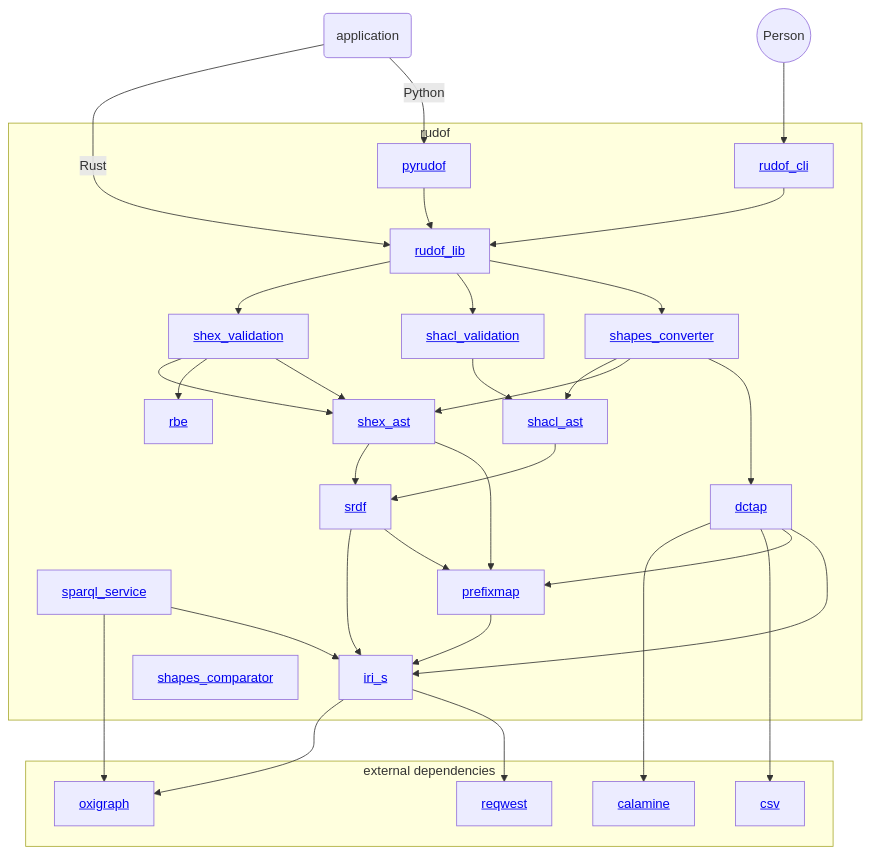
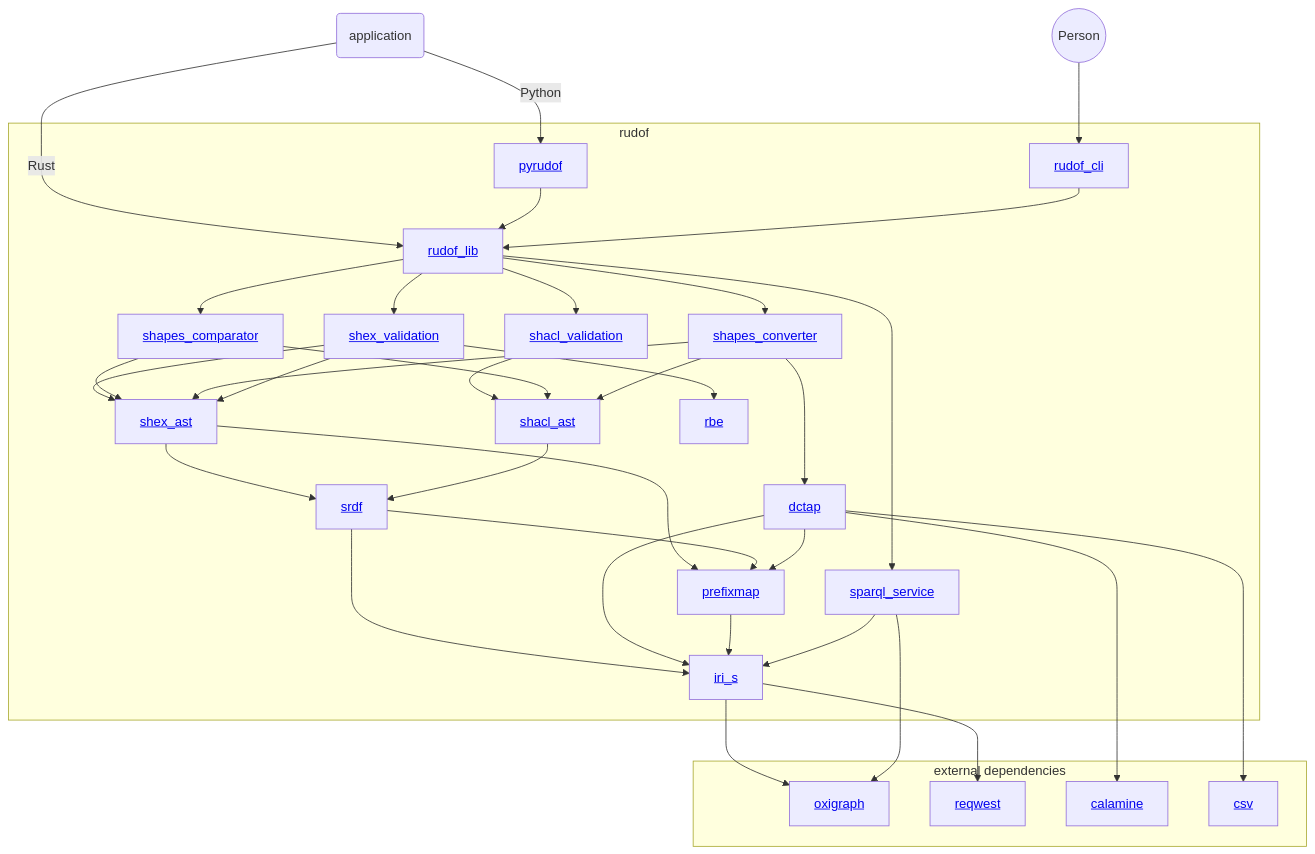
Before and after one commit to rudof-project/rudof: the diagram in docs/src/overview.md, drawn with Mermaid. The commit also changed other lines of this file and 10 other files, not shown here.

````diff
--- a/docs/src/overview.md
+++ b/docs/src/overview.md
@@ -25,57 +25,62 @@
 ```mermaid
 graph TD;
  user((Person)) --> rudof_cli;
  application(application);
  application -->|Rust| rudof_lib ;
  application --> |Python| pyrudof ;
  iri_s --> oxigraph;
  iri_s --> reqwest ;
  dctap --> calamine ;
  dctap --> csv ;
  sparql_service --> oxigraph ;
 subgraph rudof
     rudof_lib[<a href='https://crates.io/crates/rudof_lib'>rudof_lib</a>];
     rudof_cli[<a href='https://crates.io/crates/rudof_cli'>rudof_cli</a>];
     pyrudof[<a href='https://pypi.org/project/pyrudof/'>pyrudof</a>];
     shex_ast[<a href='https://crates.io/crates/shex_ast'>shex_ast</a>];
     srdf[<a href='https://crates.io/crates/srdf'>srdf</a>];
     shex_validation[<a href='https://crates.io/crates/shex_validation'>shex_validation</a>];
     shacl_validation[<a href='https://crates.io/crates/shacl_validation'>shacl_validation</a>];
     shacl_ast[<a href='https://crates.io/crates/shacl_ast'>shacl_ast</a>];
     iri_s[<a href='https://crates.io/crates/iri_s'>iri_s</a>];
     prefixmap[<a href='https://crates.io/crates/prefixmap'>prefixmap</a>];
     rbe[<a href='https://crates.io/crates/rbe'>rbe</a>];
     shapes_converter[<a href='https://crates.io/crates/shapes_converter'>shapes_converter</a>];
     shapes_comparator[<a href='https://crates.io/crates/shapes_comparator'>shapes_comparator</a>];
  dctap[<a href='https://crates.io/crates/dctap'>dctap</a>];
  sparql_service[<a href='https://crates.io/crates/sparql_service'>sparql_service</a>];
 
  pyrudof --> rudof_lib ;
  rudof_cli --> rudof_lib ;
  shex_ast --> srdf ;
  shex_validation-->shex_ast;
  srdf-->iri_s;
  shacl_ast-->srdf;
  shacl_validation-->shacl_ast;
  shex_ast-->prefixmap;
  srdf-->prefixmap;
  shex_validation-->rbe;
  dctap-->prefixmap;
  dctap --> iri_s;
+
+ shapes_comparator-->shex_ast;
+ shapes_comparator-->shacl_ast;
  shapes_converter-->shacl_ast;
  shapes_converter-->shex_ast;
  shapes_converter-->dctap;
  prefixmap --> iri_s ;
  shex_validation --> shex_ast
  sparql_service --> iri_s ;
  rudof_lib --> shex_validation ;
  rudof_lib --> shacl_validation ;
  rudof_lib --> shapes_converter ;
+ rudof_lib --> sparql_service ;
+ rudof_lib --> shapes_comparator ;
 end
 subgraph external dependencies
  oxigraph[<a href='https://crates.io/crates/oxigraph'>oxigraph</a>] ;
  calamine[<a href='https://docs.rs/calamine/latest/calamine/'>calamine</a>] ;
  reqwest[<a href='https://docs.rs/reqwest/latest/reqwest/'>reqwest</a>] ;
  csv[<a href='https://docs.rs/csv/latest/csv/'>csv</a>] 
 end
 ```
````
